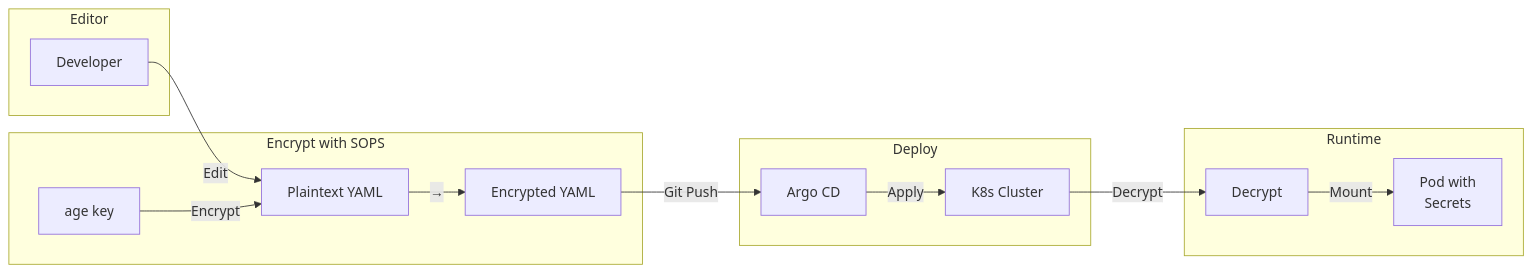
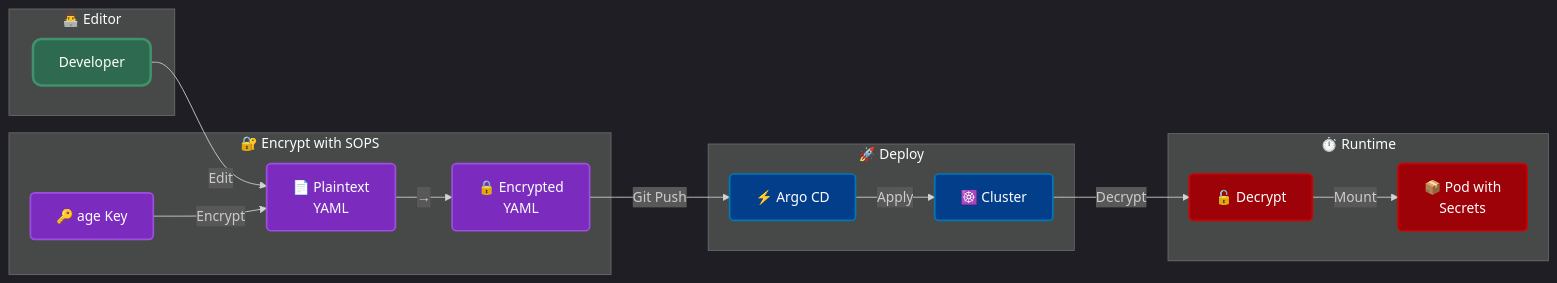
Before and after one commit to fabricesemti80/home-argo-cluster-2025: the eighth of 13 diagrams in docs/architecture.md, drawn with Mermaid. The commit also changed other lines of this file, not shown here.

First line of the commit message:
docs(architecture): add dark theme styling to Mermaid diagrams

````diff
--- a/docs/architecture.md
+++ b/docs/architecture.md
@@ -277,30 +346,37 @@
 ```mermaid
+%%{init: {'theme': 'dark'}}%%
 flowchart LR
-    subgraph Editor["Editor"]
-        Dev[Developer]
+    %% Styles
+    classDef dev fill:#2d6a4f,stroke:#40916c,stroke-width:3px,color:#fff,rx:10
+    classDef encrypt fill:#7b2cbf,stroke:#9d4edd,stroke-width:2px,color:#fff,rx:5
+    classDef deploy fill:#023e8a,stroke:#0077b6,stroke-width:2px,color:#fff,rx:5
+    classDef runtime fill:#9d0208,stroke:#d00000,stroke-width:2px,color:#fff,rx:5
+    
+    subgraph Editor["👨‍💻 Editor"]
+        Dev["Developer"]:::dev
     end
     
-    subgraph Encrypt["Encrypt with SOPS"]
-        Age[age key]
-        Plain[Plaintext YAML]
-        Enc[Encrypted YAML]
+    subgraph Encrypt["🔐 Encrypt with SOPS"]
+        Age["🔑 age Key"]:::encrypt
+        Plain["📄 Plaintext<br/>YAML"]:::encrypt
+        Enc["🔒 Encrypted<br/>YAML"]:::encrypt
     end
     
-    subgraph Deploy["Deploy"]
-        Argo[Argo CD]
-        Cluster[K8s Cluster]
+    subgraph Deploy["🚀 Deploy"]
+        Argo["⚡ Argo CD"]:::deploy
+        Cluster["☸️ Cluster"]:::deploy
     end
     
-    subgraph Runtime["Runtime"]
-        Decrypt[Decrypt]
-        Pod[Pod with<br/>Secrets]
+    subgraph Runtime["⏱️ Runtime"]
+        Decrypt["🔓 Decrypt"]:::runtime
+        Pod["📦 Pod with<br/>Secrets"]:::runtime
     end
     
-    Dev -->|Edit| Plain
-    Age -->|Encrypt| Plain
-    Plain -->|→| Enc
-    Enc -->|Git Push| Argo
-    Argo -->|Apply| Cluster
-    Cluster -->|Decrypt| Decrypt
-    Decrypt -->|Mount| Pod
+    Dev --"Edit"--> Plain
+    Age --"Encrypt"--> Plain
+    Plain --"→"--> Enc
+    Enc --"Git Push"--> Argo
+    Argo --"Apply"--> Cluster
+    Cluster --"Decrypt"--> Decrypt
+    Decrypt --"Mount"--> Pod
 ```
````
